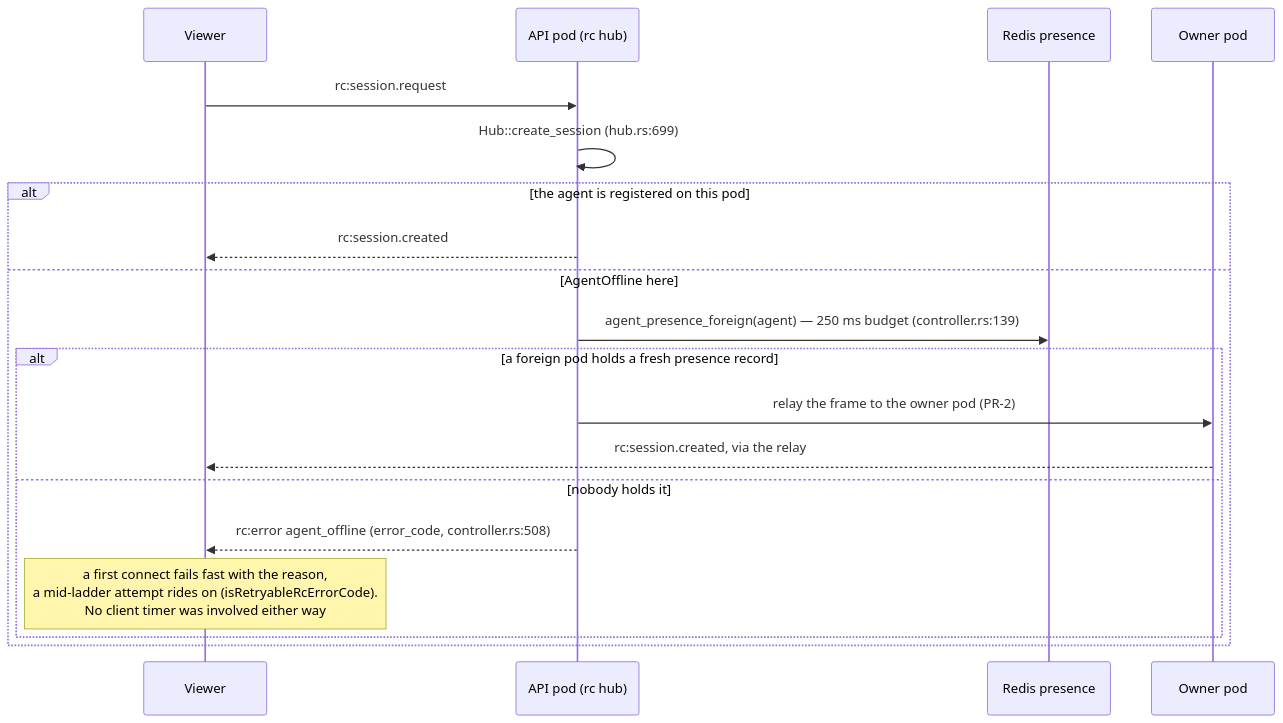
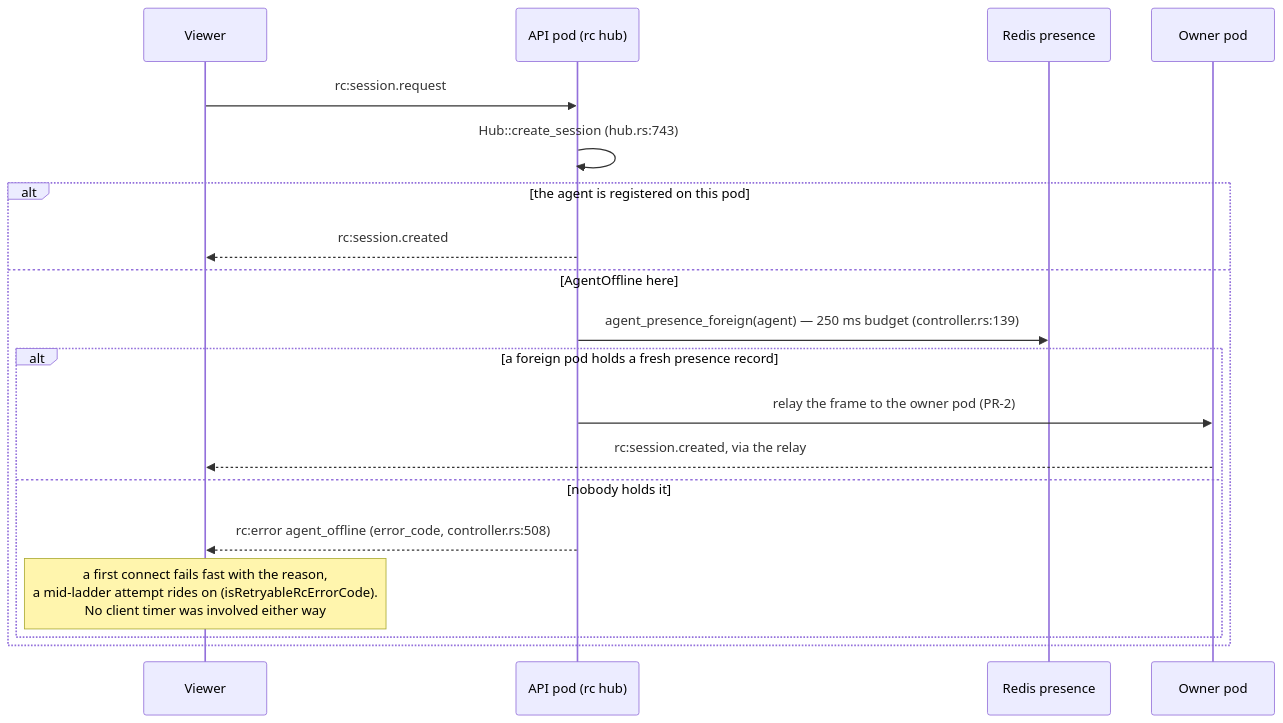
Before and after one commit to gjovanov/roomler-ai: diagram 22 of 31 in docs/remote-control.md, drawn with Mermaid. The commit also changed other lines of this file and 39 other files, not shown here.

````diff
--- a/docs/remote-control.md
+++ b/docs/remote-control.md
@@ -2408,21 +2441,21 @@
 ```mermaid
 sequenceDiagram
     participant V as Viewer
     participant P as API pod (rc hub)
     participant R as Redis presence
     participant O as Owner pod
     V->>P: rc:session.request
-    P->>P: Hub::create_session (hub.rs:699)
+    P->>P: Hub::create_session (hub.rs:743)
     alt the agent is registered on this pod
         P-->>V: rc:session.created
     else AgentOffline here
         P->>R: agent_presence_foreign(agent) — 250 ms budget (controller.rs:139)
         alt a foreign pod holds a fresh presence record
             P->>O: relay the frame to the owner pod (PR-2)
             O-->>V: rc:session.created, via the relay
         else nobody holds it
             P-->>V: rc:error agent_offline (error_code, controller.rs:508)
             Note over V: a first connect fails fast with the reason,<br/>a mid-ladder attempt rides on (isRetryableRcErrorCode).<br/>No client timer was involved either way
         end
     end
 ```
````
